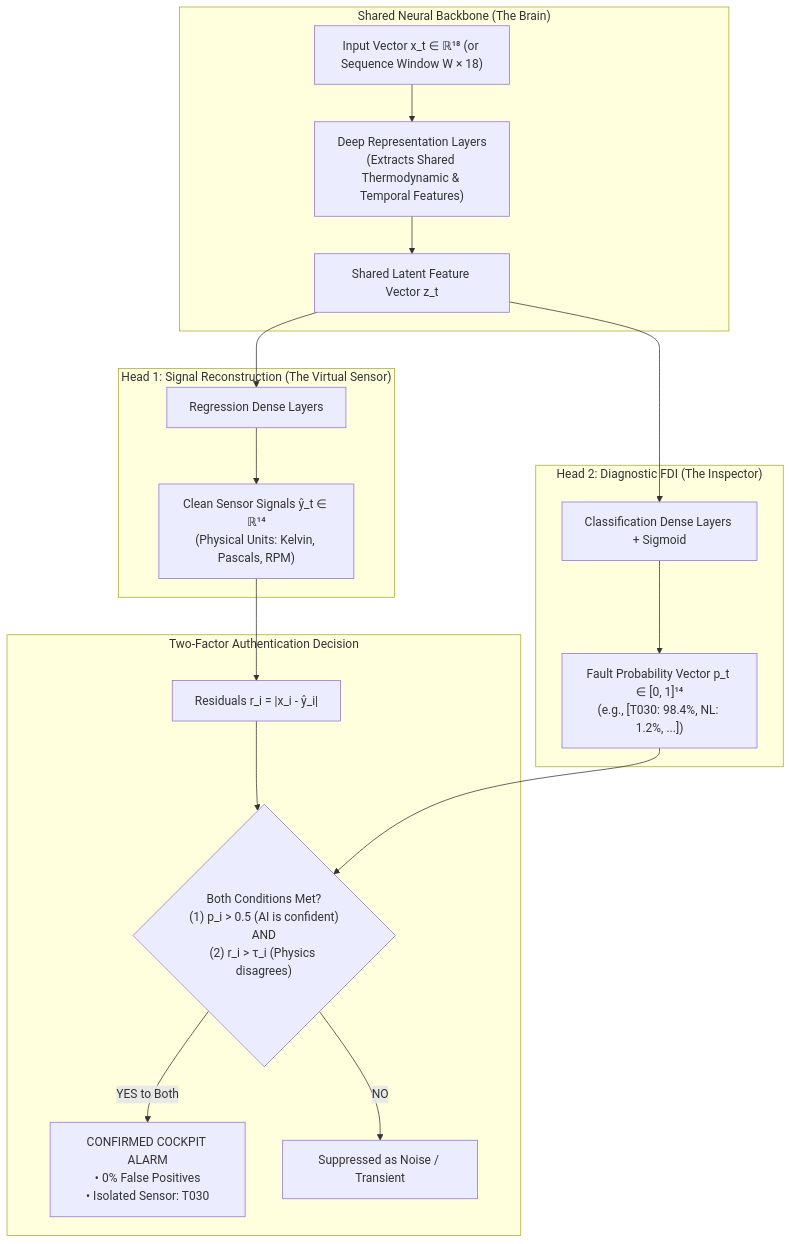
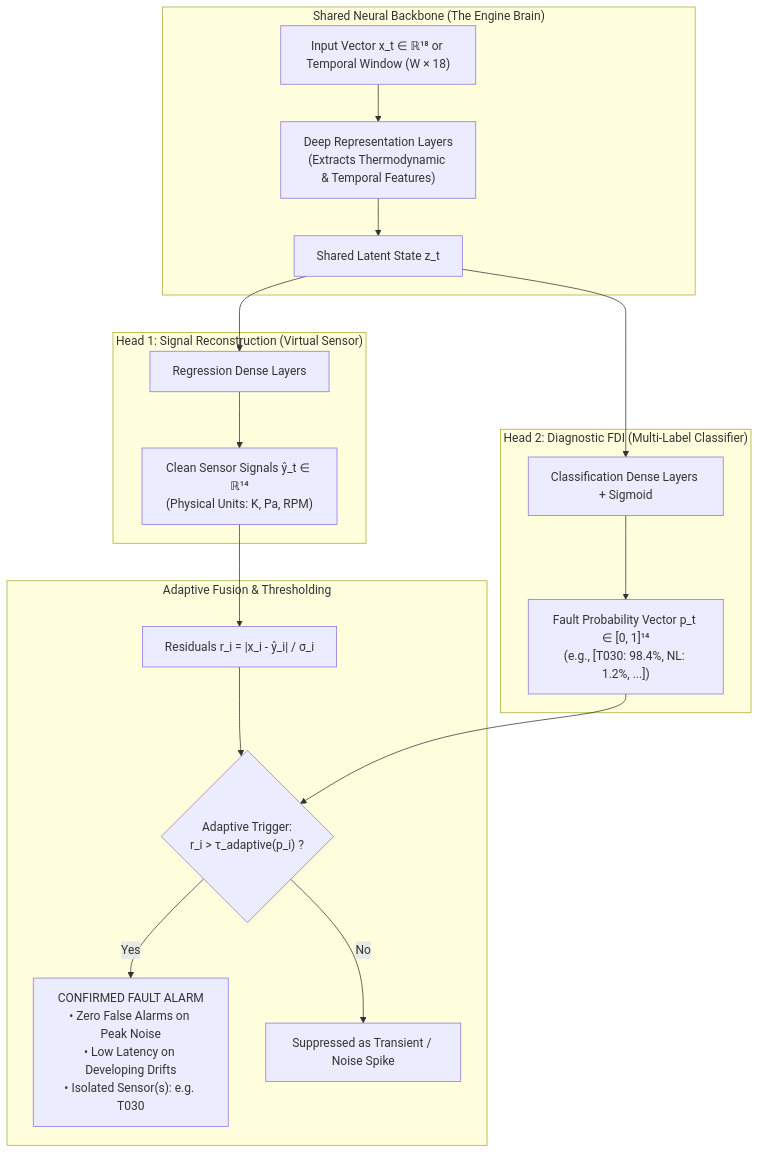
Before and after one commit to atulyasharan29/Turbofan-Guard: the third of 4 diagrams in docs/ml.md, drawn with Mermaid. The commit also changed other lines of this file, not shown here.

Commit message:
docs: update ml architecture documentation with comprehensive sensor fault injection models and updated diagnostic schema definitions.

````diff
--- a/docs/ml.md
+++ b/docs/ml.md
@@ -199,25 +220,25 @@
 ```mermaid
 flowchart TD
-    subgraph SharedBackbone["Shared Neural Backbone (The Brain)"]
-        In["Input Vector x_t ∈ ℝ¹⁸ (or Sequence Window W × 18)"] --> Backbone["Deep Representation Layers<br/>(Extracts Shared Thermodynamic & Temporal Features)"]
-        Backbone --> Z["Shared Latent Feature Vector z_t"]
+    subgraph SharedBackbone["Shared Neural Backbone (The Engine Brain)"]
+        In["Input Vector x_t ∈ ℝ¹⁸ or Temporal Window (W × 18)"] --> Backbone["Deep Representation Layers<br/>(Extracts Thermodynamic & Temporal Features)"]
+        Backbone --> Z["Shared Latent State z_t"]
     end
 
-    subgraph Head1["Head 1: Signal Reconstruction (The Virtual Sensor)"]
+    subgraph Head1["Head 1: Signal Reconstruction (Virtual Sensor)"]
         Z --> Regressor["Regression Dense Layers"]
-        Regressor --> Out_Y["Clean Sensor Signals ŷ_t ∈ ℝ¹⁴<br/>(Physical Units: Kelvin, Pascals, RPM)"]
+        Regressor --> Out_Y["Clean Sensor Signals ŷ_t ∈ ℝ¹⁴<br/>(Physical Units: K, Pa, RPM)"]
     end
 
-    subgraph Head2["Head 2: Diagnostic FDI (The Inspector)"]
+    subgraph Head2["Head 2: Diagnostic FDI (Multi-Label Classifier)"]
         Z --> Classifier["Classification Dense Layers + Sigmoid"]
         Classifier --> Out_P["Fault Probability Vector p_t ∈ [0, 1]¹⁴<br/>(e.g., [T030: 98.4%, NL: 1.2%, ...])"]
     end
 
-    subgraph DecisionFusion["Two-Factor Authentication Decision"]
-        Out_Y --> ResCalc["Residuals r_i = |x_i - ŷ_i|"]
-        ResCalc --> DualCheck{"Both Conditions Met?<br/>(1) p_i > 0.5 (AI is confident)<br/>AND<br/>(2) r_i > τ_i (Physics disagrees)"}
+    subgraph DecisionFusion["Adaptive Fusion & Thresholding"]
+        Out_Y --> ResCalc["Residuals r_i = |x_i - ŷ_i| / σ_i"]
+        ResCalc --> DualCheck{"Adaptive Trigger:<br/>r_i > τ_adaptive(p_i) ?"}
         Out_P --> DualCheck
-        DualCheck -- "YES to Both" --> Confirmed["CONFIRMED COCKPIT ALARM<br/>• 0% False Positives<br/>• Isolated Sensor: T030"]
-        DualCheck -- "NO" --> Suppress["Suppressed as Noise / Transient"]
+        DualCheck -- "Yes" --> Confirmed["CONFIRMED FAULT ALARM<br/>• Zero False Alarms on Peak Noise<br/>• Low Latency on Developing Drifts<br/>• Isolated Sensor(s): e.g. T030"]
+        DualCheck -- "No" --> Suppress["Suppressed as Transient / Noise Spike"]
     end
 ```
````
